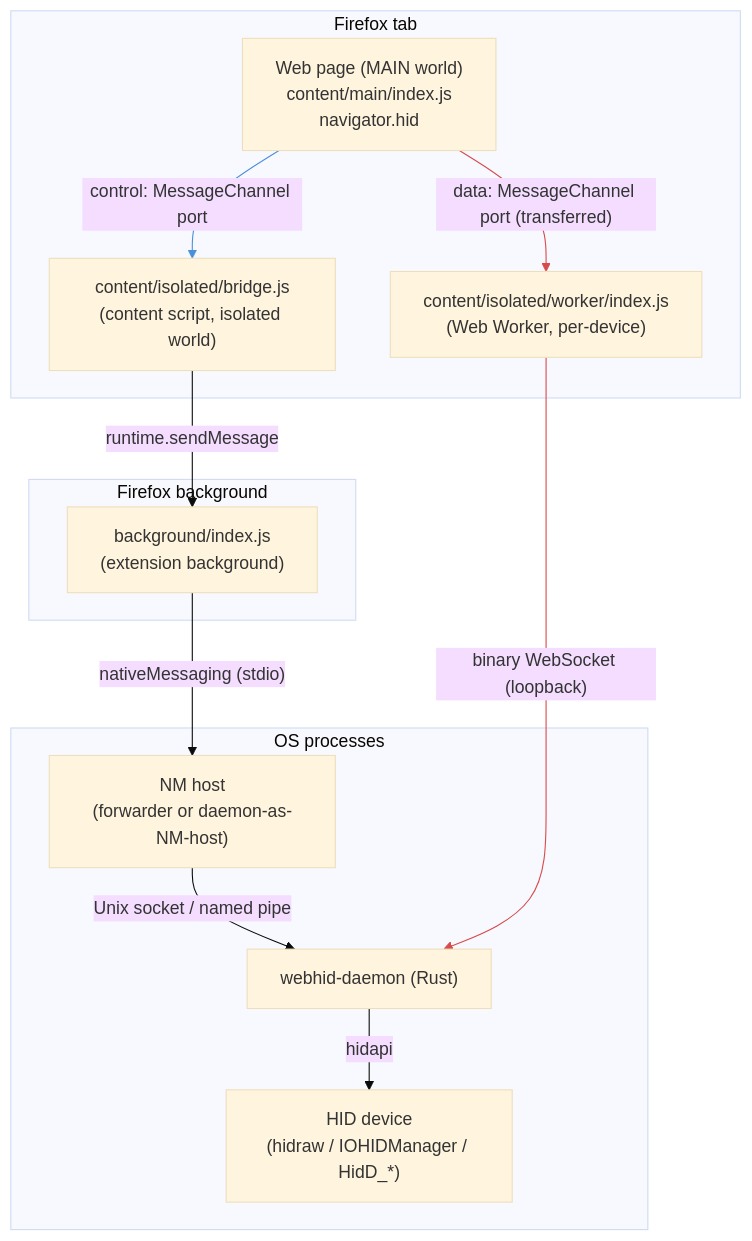
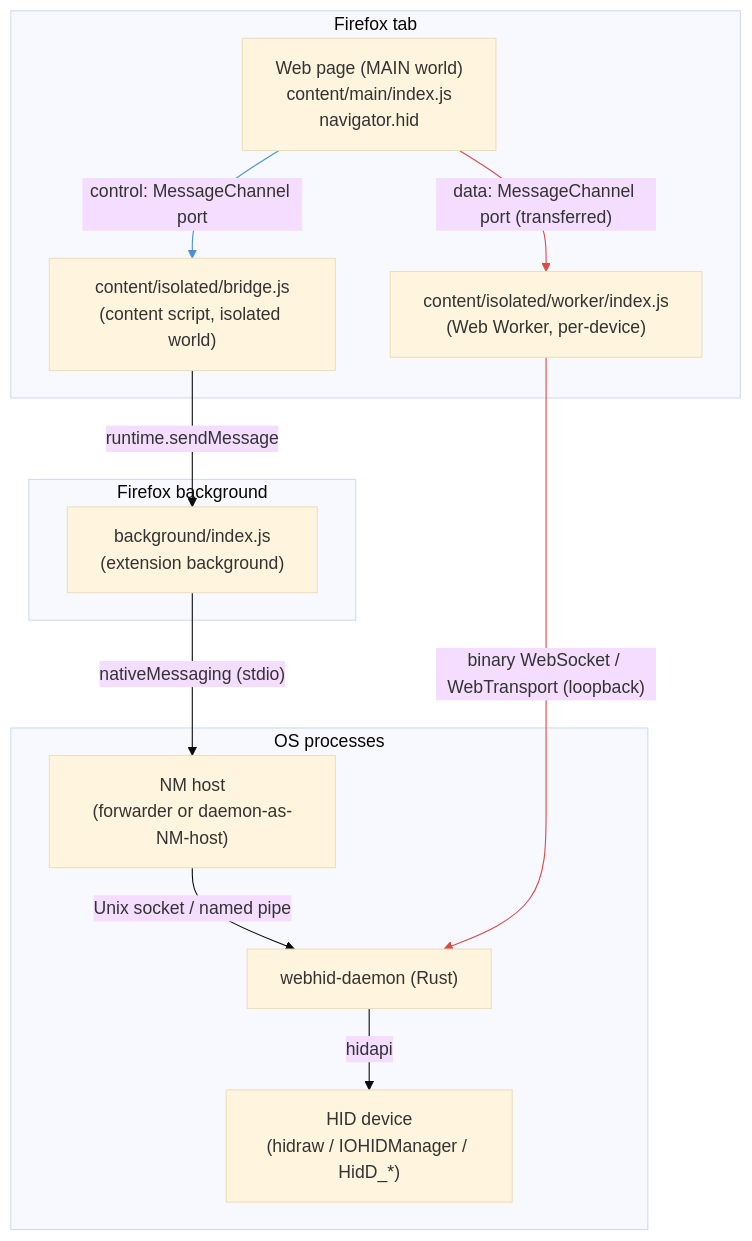
The first of 9 diagrams in docs/ARCHITECTURE.md (K4zoku/FF-WebHID), drawn with Mermaid (base theme) before and after one commit. The commit also changed other lines of this file and 23 other files, not shown here.

Commit message:
feat: WebTransport

````diff
--- a/docs/ARCHITECTURE.md
+++ b/docs/ARCHITECTURE.md
@@ -5,30 +5,30 @@
 ```mermaid
 graph TB
     subgraph "Firefox tab"
         Page["Web page (MAIN world)<br/>content/main/index.js<br/>navigator.hid"]
         Bridge["content/isolated/bridge.js<br/>(content script, isolated world)"]
         Worker["content/isolated/worker/index.js<br/>(Web Worker, per-device)"]
     end
 
     subgraph "Firefox background"
         BG["background/index.js<br/>(extension background)"]
     end
 
     subgraph "OS processes"
         NM["NM host<br/>(forwarder or daemon-as-NM-host)"]
         Daemon["webhid-daemon (Rust)"]
         HID["HID device<br/>(hidraw / IOHIDManager / HidD_*)"]
     end
 
     Page -- "control: MessageChannel port" --> Bridge
     Page -- "data: MessageChannel port (transferred)" --> Worker
     Bridge -- "runtime.sendMessage" --> BG
     BG -- "nativeMessaging (stdio)" --> NM
     NM -- "Unix socket / named pipe" --> Daemon
-    Worker -- "binary WebSocket (loopback)" --> Daemon
+    Worker -- "binary WebSocket / WebTransport (loopback)" --> Daemon
     Daemon -- "hidapi" --> HID
 
     linkStyle 0 stroke:#4a90d9
     linkStyle 1 stroke:#d94a4a
     linkStyle 5 stroke:#d94a4a
 ```
````
